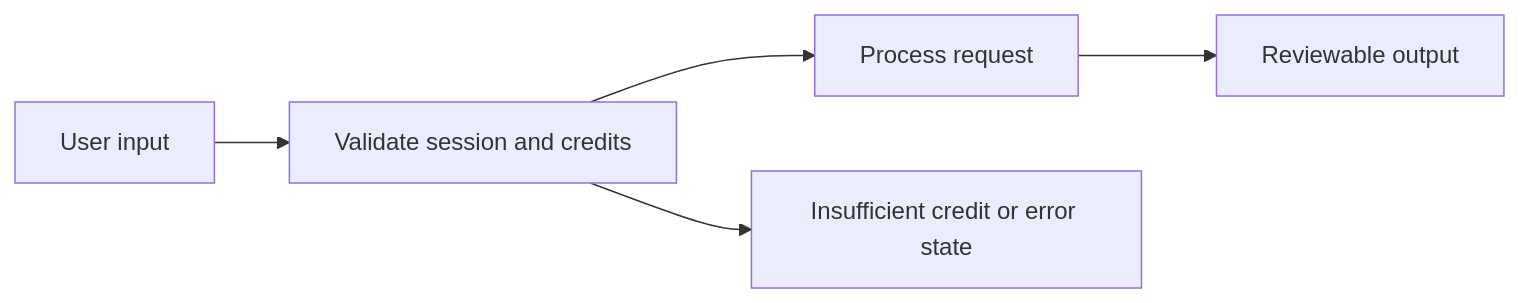
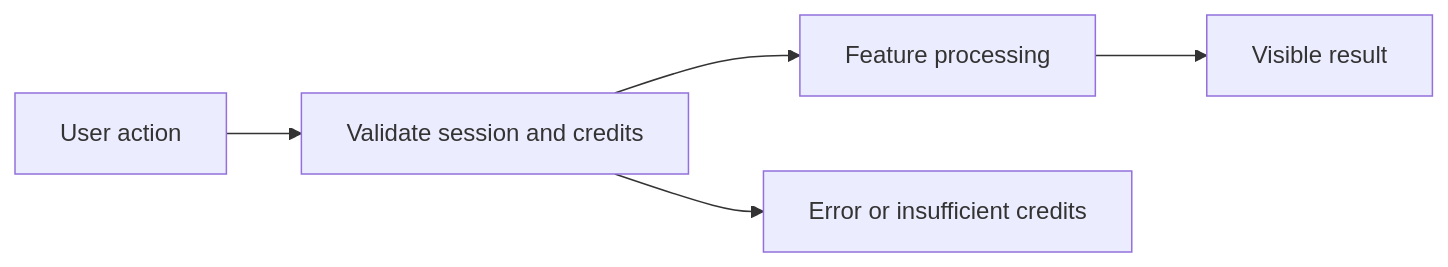
Before and after one commit to maryamghabel2-cloud/ai-subscription-platform: the diagram in docs/product/GENERAL_CHAT_PRD.md, drawn with Mermaid. The commit also changed other lines of this file and 4 other files, not shown here.

````diff
--- a/docs/product/GENERAL_CHAT_PRD.md
+++ b/docs/product/GENERAL_CHAT_PRD.md
@@ -51,7 +62,7 @@
 ```mermaid
 flowchart LR
-A[User input] --> B[Validate session and credits]
-B --> C[Process request]
-C --> D[Reviewable output]
-B --> E[Insufficient credit or error state]
+A[User action] --> B[Validate session and credits]
+B --> C[Feature processing]
+C --> D[Visible result]
+B --> E[Error or insufficient credits]
 ```
````
